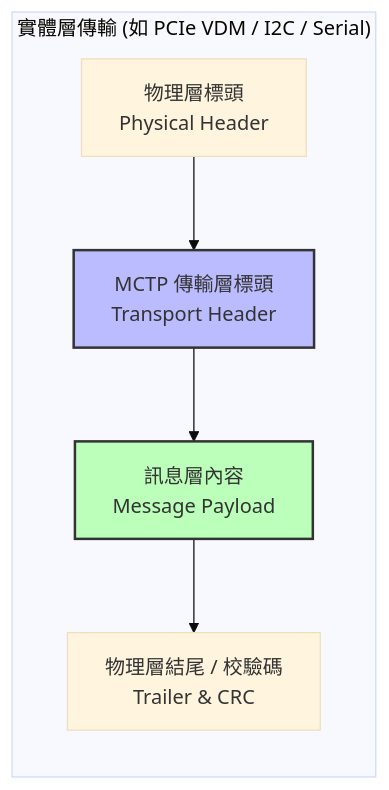
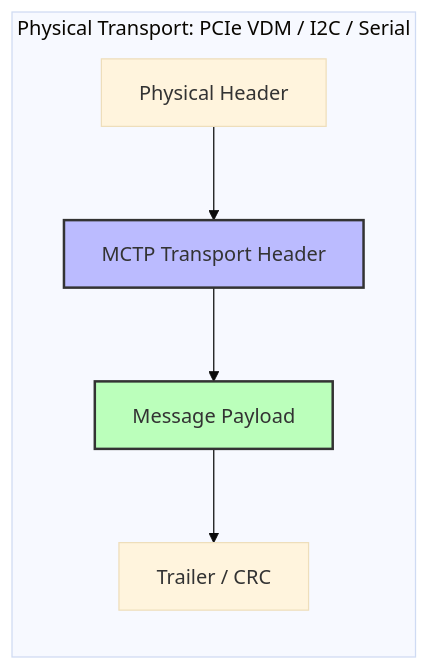
Before and after one commit to matchbox-kuo/my-notes: the third of 5 diagrams in AST2700 PCIe 韌體開發與 OpenBMC實務手冊.md, drawn with Mermaid (base theme). The commit also changed other lines of this file and 2 other files, not shown here.

Commit message:
Update PCIe and BMC study notes

````diff
--- a/AST2700 PCIe 韌體開發與 OpenBMC實務手冊.md
+++ b/AST2700 PCIe 韌體開發與 OpenBMC實務手冊.md
@@ -186,10 +312,10 @@
 ```mermaid
 graph LR
-    subgraph PhysicalLayer ["實體層傳輸 (如 PCIe VDM / I2C / Serial)"]
-        A[物理層標頭<br/>Physical Header] --> B[MCTP 傳輸層標頭<br/>Transport Header]
-        B --> C[訊息層內容<br/>Message Payload]
-        C --> D[物理層結尾 / 校驗碼<br/>Trailer & CRC]
+    subgraph PhysicalLayer ["Physical Transport: PCIe VDM / I2C / Serial"]
+        A[Physical Header] --> B[MCTP Transport Header]
+        B --> C[Message Payload]
+        C --> D[Trailer / CRC]
     end
     style B fill:#bbf,stroke:#333,stroke-width:2px
     style C fill:#bfb,stroke:#333,stroke-width:2px
 ```
````
